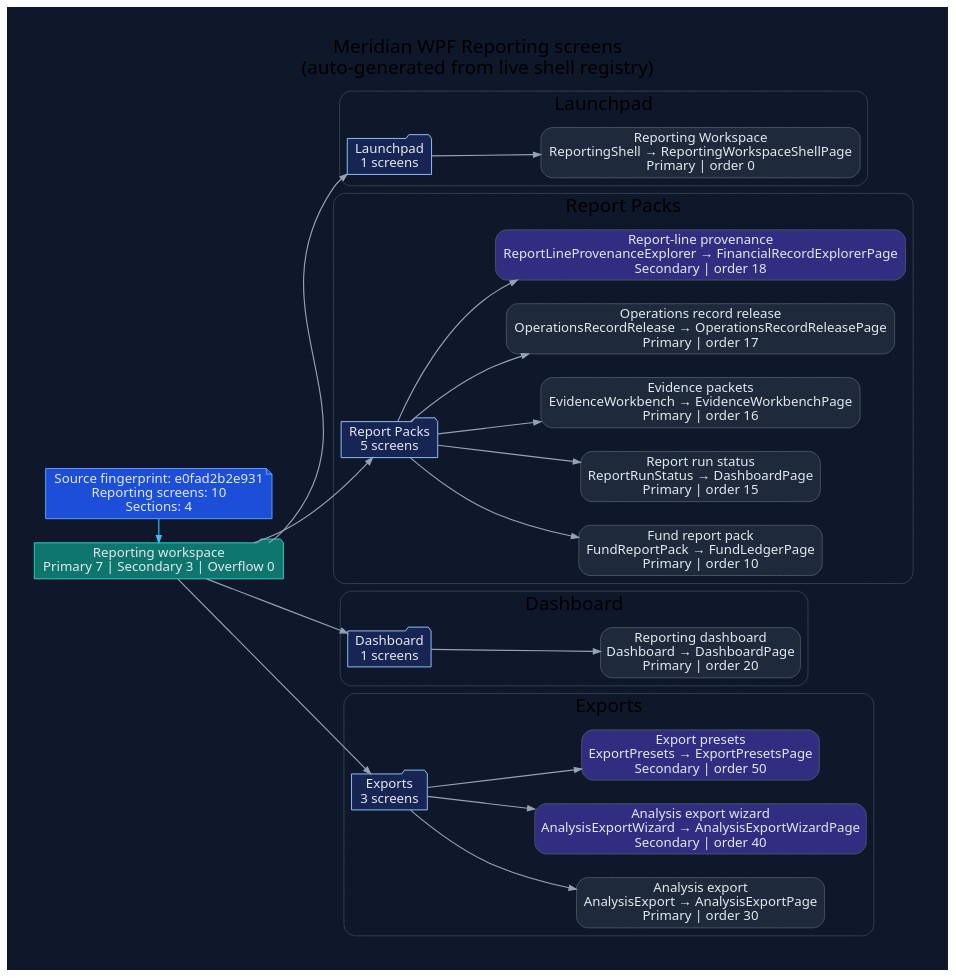
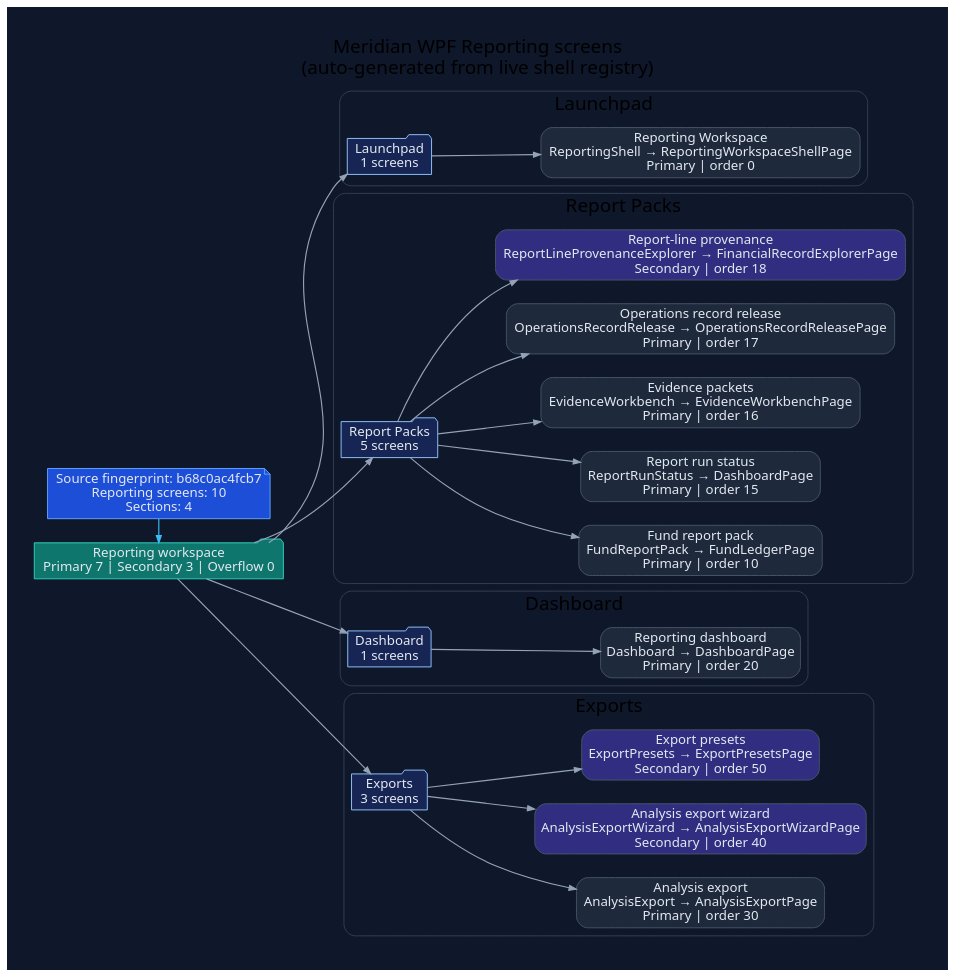
The diagram in docs/diagrams/ui-wpf-screens-reporting.dot (rodoHasArrived/Meridian-main), drawn with Graphviz before and after one commit. The commit also changed 26 other files, not shown here.

First line of the commit message:
docs(generated): regenerate UI diagrams and refresh reviewed hashes after merging main

```diff
--- a/docs/diagrams/ui-wpf-screens-reporting.dot
+++ b/docs/diagrams/ui-wpf-screens-reporting.dot
@@ -1,78 +1,78 @@
 // -----------------------------------------------------------------------------
 // <auto-generated>
 // Generated by scripts/generate-diagrams.mjs.
 // Do not edit this file directly; update the WPF source files instead.
 // -----------------------------------------------------------------------------
 digraph WpfReportingScreens {
   graph [
     rankdir=LR,
     labelloc=t,
     label="Meridian WPF Reporting screens\n(auto-generated from live shell registry)",
     fontname="Segoe UI",
     fontsize=20,
     pad=0.4,
     nodesep=0.35,
     ranksep=0.85,
     bgcolor="#0f172a"
   ];
   node [fontname="Segoe UI", shape=box, style="rounded,filled", color="#475569", fontcolor="#e2e8f0", fillcolor="#1e293b"];
   edge [fontname="Segoe UI", color="#94a3b8", penwidth=1.2, arrowsize=0.75];
 
-  generated [shape=note, fillcolor="#1d4ed8", color="#60a5fa", label="Source fingerprint: e0fad2b2e931\nReporting screens: 10\nSections: 4"];
+  generated [shape=note, fillcolor="#1d4ed8", color="#60a5fa", label="Source fingerprint: b68c0ac4fcb7\nReporting screens: 10\nSections: 4"];
   workspace [shape=folder, fillcolor="#0f766e", color="#2dd4bf", label="Reporting workspace\nPrimary 7 | Secondary 3 | Overflow 0"];
   generated -> workspace [color="#38bdf8"];
 
   subgraph cluster_section_1 {
     label="Launchpad";
     color="#334155";
     style="rounded";
     section_1 [shape=folder, fillcolor="#172554", color="#93c5fd", label="Launchpad\n1 screens"];
     workspace -> section_1;
     screen_ReportingShell [fillcolor="#1e293b", label="Reporting Workspace\nReportingShell → ReportingWorkspaceShellPage\nPrimary | order 0"];
     section_1 -> screen_ReportingShell;
   }
 
   subgraph cluster_section_2 {
     label="Report Packs";
     color="#334155";
     style="rounded";
     section_2 [shape=folder, fillcolor="#172554", color="#93c5fd", label="Report Packs\n5 screens"];
     workspace -> section_2;
     screen_FundReportPack [fillcolor="#1e293b", label="Fund report pack\nFundReportPack → FundLedgerPage\nPrimary | order 10"];
     section_2 -> screen_FundReportPack;
     screen_ReportRunStatus [fillcolor="#1e293b", label="Report run status\nReportRunStatus → DashboardPage\nPrimary | order 15"];
     section_2 -> screen_ReportRunStatus;
     screen_EvidenceWorkbench [fillcolor="#1e293b", label="Evidence packets\nEvidenceWorkbench → EvidenceWorkbenchPage\nPrimary | order 16"];
     section_2 -> screen_EvidenceWorkbench;
     screen_OperationsRecordRelease [fillcolor="#1e293b", label="Operations record release\nOperationsRecordRelease → OperationsRecordReleasePage\nPrimary | order 17"];
     section_2 -> screen_OperationsRecordRelease;
     screen_ReportLineProvenanceExplorer [fillcolor="#312e81", label="Report-line provenance\nReportLineProvenanceExplorer → FinancialRecordExplorerPage\nSecondary | order 18"];
     section_2 -> screen_ReportLineProvenanceExplorer;
   }
 
   subgraph cluster_section_3 {
     label="Dashboard";
     color="#334155";
     style="rounded";
     section_3 [shape=folder, fillcolor="#172554", color="#93c5fd", label="Dashboard\n1 screens"];
     workspace -> section_3;
     screen_Dashboard [fillcolor="#1e293b", label="Reporting dashboard\nDashboard → DashboardPage\nPrimary | order 20"];
     section_3 -> screen_Dashboard;
   }
 
   subgraph cluster_section_4 {
     label="Exports";
     color="#334155";
     style="rounded";
     section_4 [shape=folder, fillcolor="#172554", color="#93c5fd", label="Exports\n3 screens"];
     workspace -> section_4;
     screen_AnalysisExport [fillcolor="#1e293b", label="Analysis export\nAnalysisExport → AnalysisExportPage\nPrimary | order 30"];
     section_4 -> screen_AnalysisExport;
     screen_AnalysisExportWizard [fillcolor="#312e81", label="Analysis export wizard\nAnalysisExportWizard → AnalysisExportWizardPage\nSecondary | order 40"];
     section_4 -> screen_AnalysisExportWizard;
     screen_ExportPresets [fillcolor="#312e81", label="Export presets\nExportPresets → ExportPresetsPage\nSecondary | order 50"];
     section_4 -> screen_ExportPresets;
   }
 
   { rank=min; generated; workspace; }
 }
```
